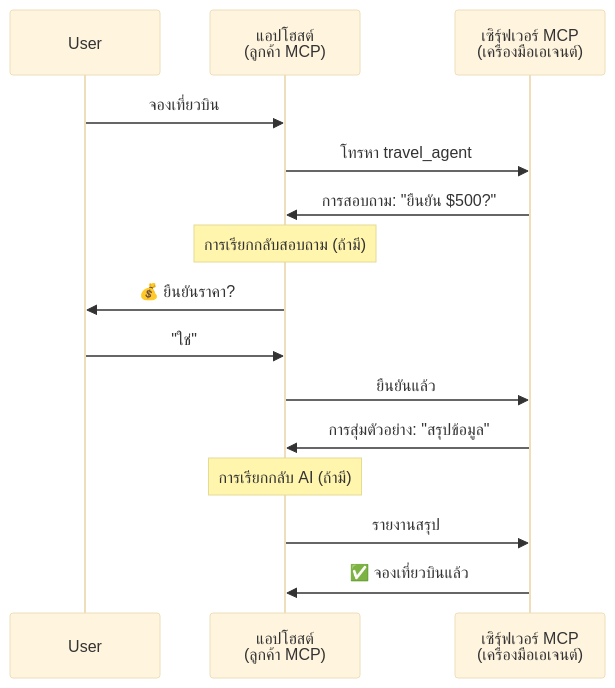
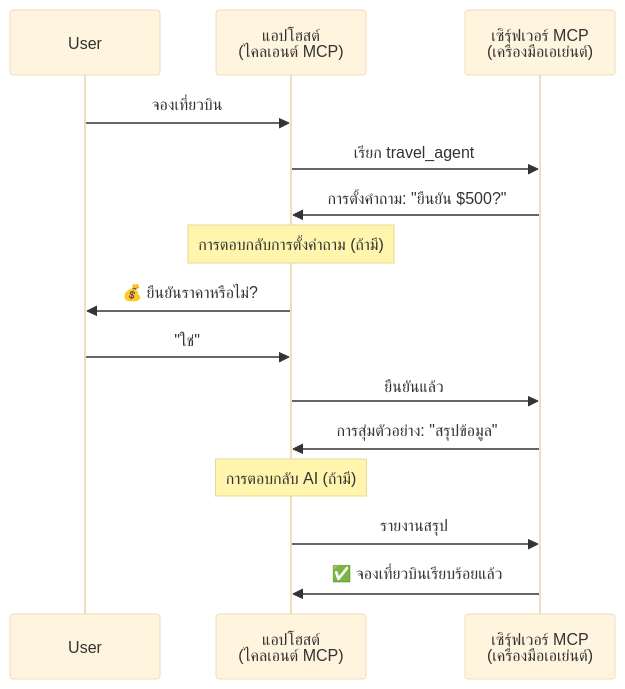
Before and after one commit to gabrielmoreira/agent-skills-mirror: the fourth of 5 diagrams in mirrors/repos/microsoft@ai-agents-for-beginners/translations/th/11-agentic-protocols/code_samples/mcp-agents/README.md, drawn with Mermaid (base theme). The commit also changed other lines of this file and 4262 other files, not shown here.

````diff
--- a/mirrors/repos/microsoft@ai-agents-for-beginners/translations/th/11-agentic-protocols/code_samples/mcp-agents/README.md
+++ b/mirrors/repos/microsoft@ai-agents-for-beginners/translations/th/11-agentic-protocols/code_samples/mcp-agents/README.md
@@ -163,21 +163,21 @@
 ```mermaid
 sequenceDiagram
     participant User
-    participant Host as แอปโฮสต์<br/>(ลูกค้า MCP)
-    participant Server as เซิร์ฟเวอร์ MCP<br/>(เครื่องมือเอเจนต์)
+    participant Host as แอปโฮสต์<br/>(ไคลเอนต์ MCP)
+    participant Server as เซิร์ฟเวอร์ MCP<br/>(เครื่องมือเอเย่นต์)
 
     User->>Host: จองเที่ยวบิน
-    Host->>Server: โทรหา travel_agent
+    Host->>Server: เรียก travel_agent
 
-    Server->>Host: การสอบถาม: "ยืนยัน $500?"
-    Note over Host: การเรียกกลับสอบถาม (ถ้ามี)
-    Host->>User: 💰 ยืนยันราคา?
+    Server->>Host: การตั้งคำถาม: "ยืนยัน $500?"
+    Note over Host: การตอบกลับการตั้งคำถาม (ถ้ามี)
+    Host->>User: 💰 ยืนยันราคาหรือไม่?
     User->>Host: "ใช่"
     Host->>Server: ยืนยันแล้ว
 
     Server->>Host: การสุ่มตัวอย่าง: "สรุปข้อมูล"
-    Note over Host: การเรียกกลับ AI (ถ้ามี)
+    Note over Host: การตอบกลับ AI (ถ้ามี)
     Host->>Server: รายงานสรุป
 
-    Server->>Host: ✅ จองเที่ยวบินแล้ว
+    Server->>Host: ✅ จองเที่ยวบินเรียบร้อยแล้ว
 ```
````
